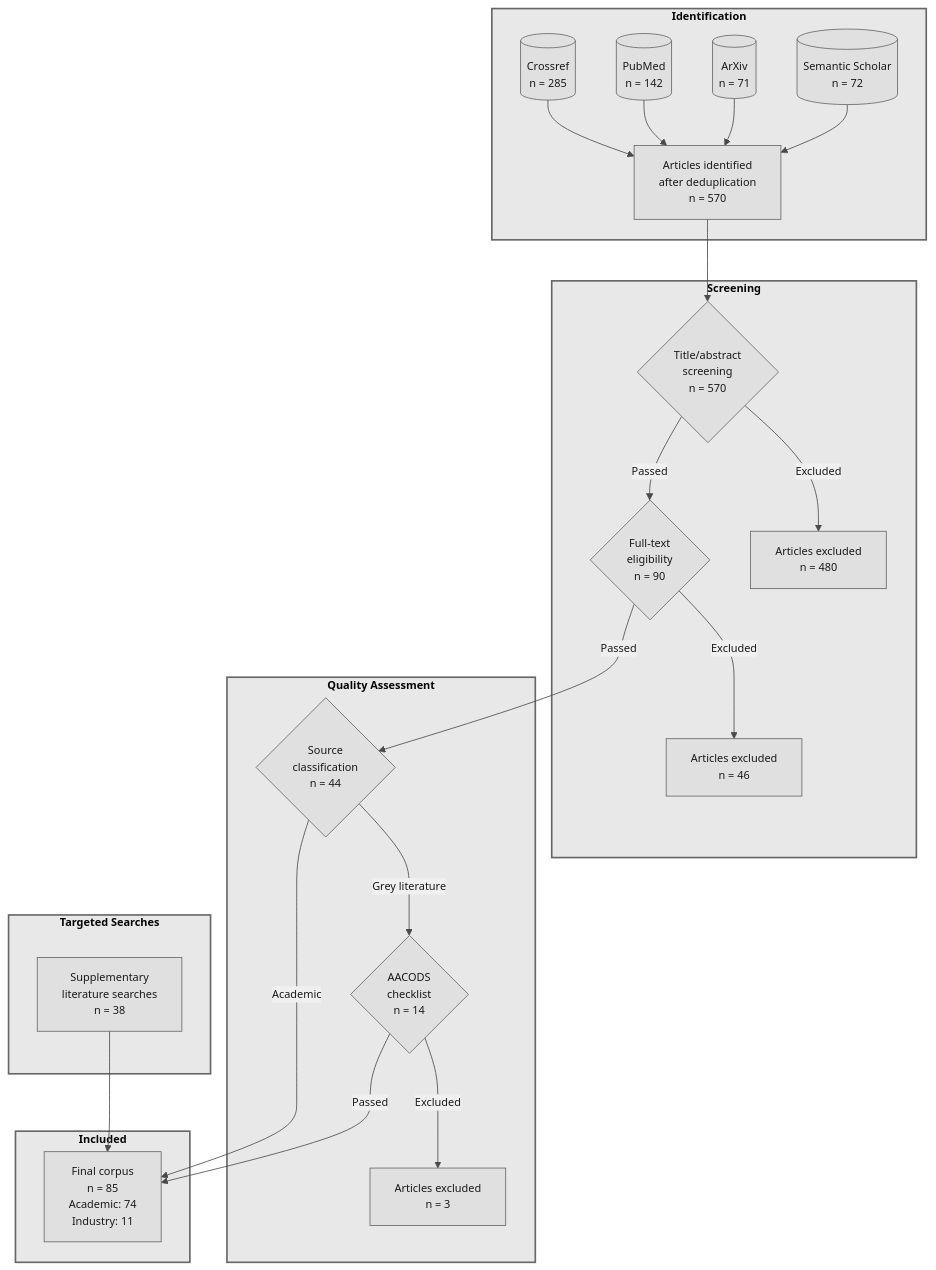
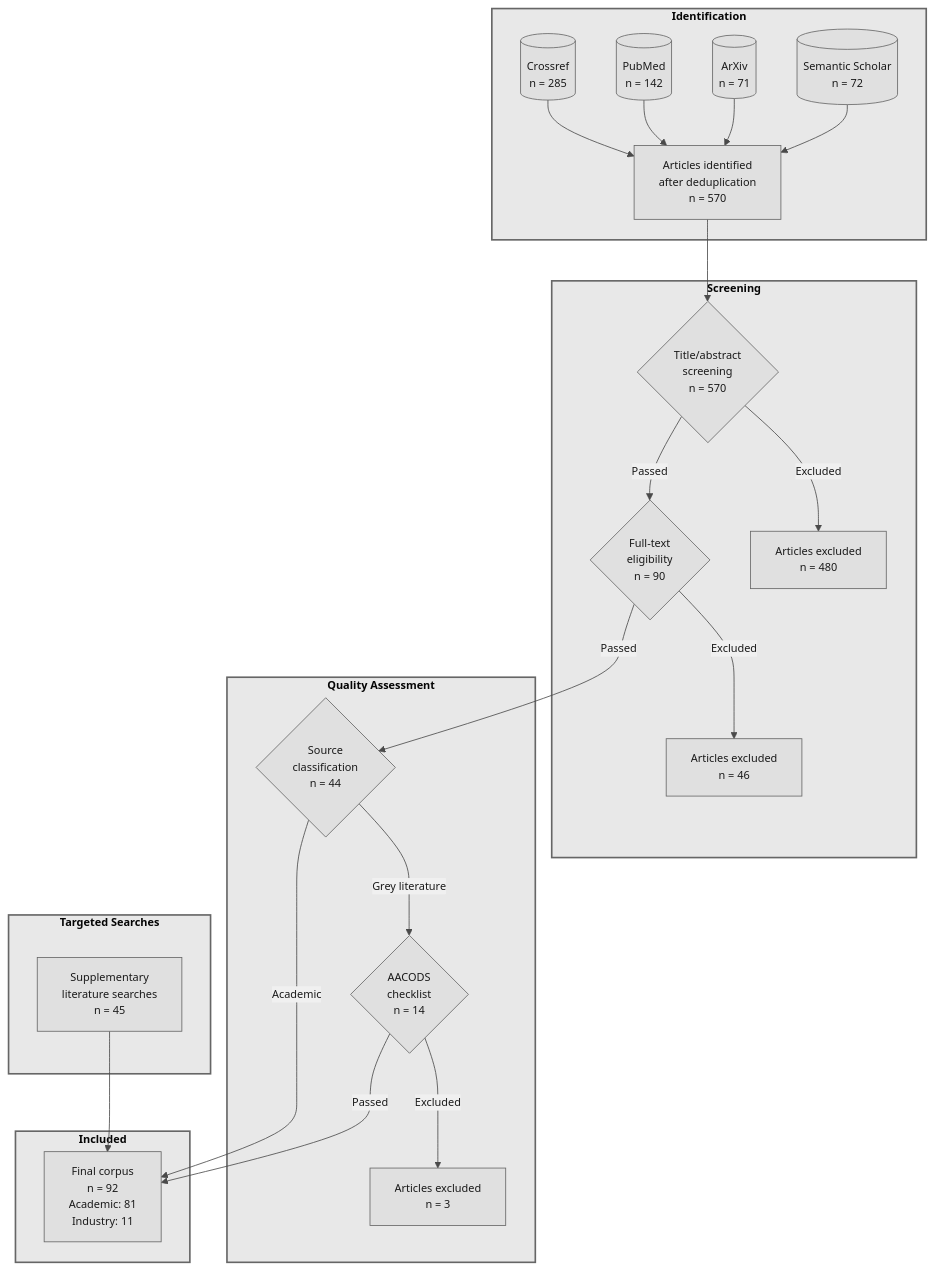
One commit to stharrold/yuimedi-paper-20250901 changed the diagram in figures/literature-flow.mmd. Above: the diagram before and after it, drawn with Mermaid. The commit also changed 5 other files, not shown here.

First line of the commit message:
docs(paper): update citation counts to 92 (81 academic, 11 industry)

```diff
--- a/figures/literature-flow.mmd
+++ b/figures/literature-flow.mmd
@@ -1,44 +1,44 @@
 %%{init: {'theme': 'base', 'flowchart': {'useMaxWidth': false, 'markdownAutoWrap': false}, 'themeVariables': { 'primaryColor': '#e0e0e0', 'primaryTextColor': '#1a1a1a', 'primaryBorderColor': '#666', 'lineColor': '#4a4a4a', 'secondaryColor': '#f0f0f0', 'tertiaryColor': '#fafafa', 'fontFamily': 'Arial, sans-serif', 'fontSize': '10pt'}}}%%
 flowchart TD
     %% PRISMA 2020 Flow Diagram for Literature Selection
     %% Aligned with lit_review academic-literature-review workflow
-    %% Total: 570 identified + 38 targeted → 79 included
+    %% Total: 570 identified + 45 targeted → 92 included
     %% Note: Generate PNG via mermaid.live for proper font rendering
 
     subgraph ID["<b>Identification</b>"]
         A1[("Crossref<br/>n = 285")] --> A
         A2[("PubMed<br/>n = 142")] --> A
         A3[("ArXiv<br/>n = 71")] --> A
         A4[("Semantic Scholar<br/>n = 72")] --> A
         A["Articles identified<br/>after deduplication<br/>n = 570"]
     end
 
     subgraph SC["<b>Screening</b>"]
         A --> D{"Title/abstract<br/>screening<br/>n = 570"}
         D -->|"Excluded"| E["Articles excluded<br/>n = 480"]
         D -->|"Passed"| H{"Full-text<br/>eligibility<br/>n = 90"}
         H -->|"Excluded"| I["Articles excluded<br/>n = 46"]
     end
 
     subgraph QA["<b>Quality Assessment</b>"]
         H -->|"Passed"| J{"Source<br/>classification<br/>n = 44"}
         J -->|"Grey literature"| L{"AACODS<br/>checklist<br/>n = 14"}
         L -->|"Excluded"| N["Articles excluded<br/>n = 3"]
     end
 
     subgraph TS["<b>Targeted Searches</b>"]
-        T1["Supplementary<br/>literature searches<br/>n = 38"]
+        T1["Supplementary<br/>literature searches<br/>n = 45"]
     end
 
     subgraph IN["<b>Included</b>"]
-        J -->|"Academic"| O["Final corpus<br/>n = 85<br/>Academic: 74<br/>Industry: 11"]
+        J -->|"Academic"| O["Final corpus<br/>n = 92<br/>Academic: 81<br/>Industry: 11"]
         L -->|"Passed"| O
         T1 --> O
     end
 
     %% Styling - Grayscale
     style ID fill:#e8e8e8,stroke:#666,stroke-width:2px
     style SC fill:#e8e8e8,stroke:#666,stroke-width:2px
     style QA fill:#e8e8e8,stroke:#666,stroke-width:2px
     style TS fill:#e8e8e8,stroke:#666,stroke-width:2px
     style IN fill:#e8e8e8,stroke:#666,stroke-width:2px
```
